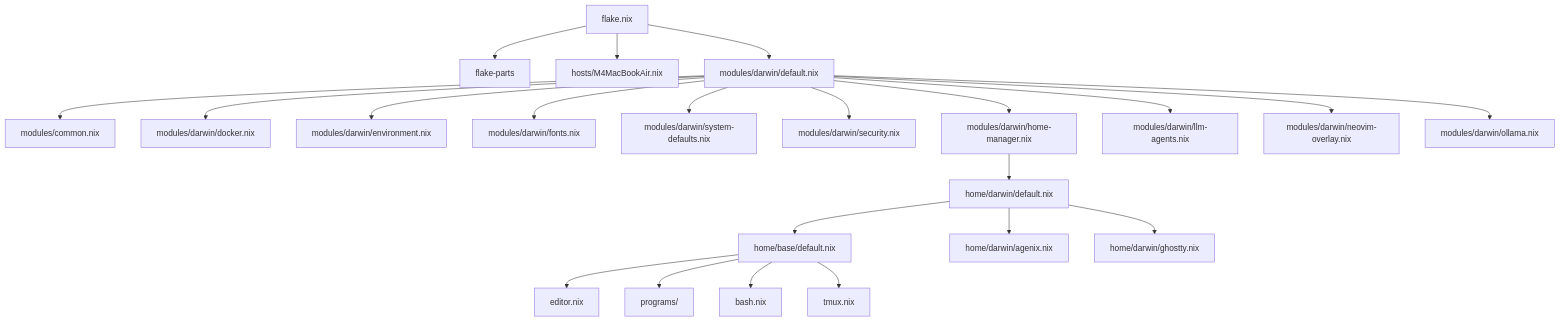
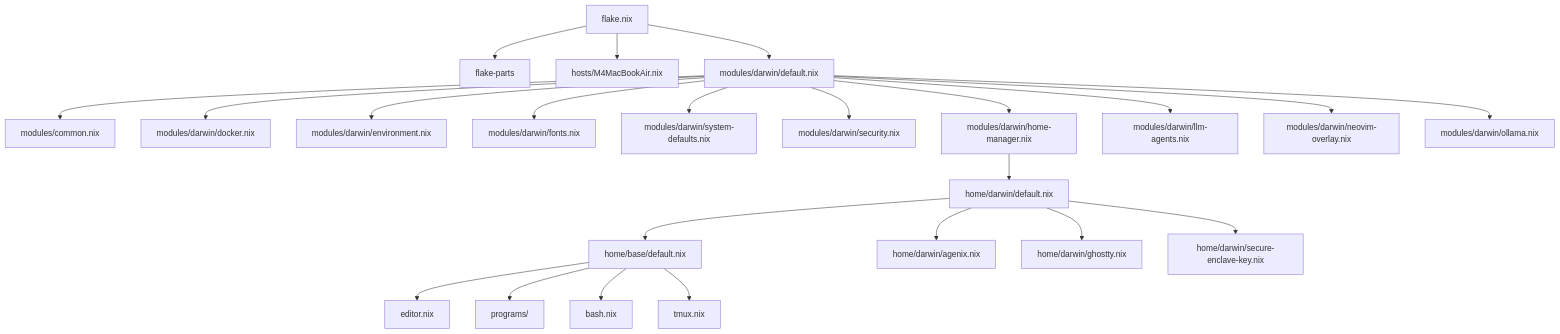
Before and after one commit to pranc1ngpegasus/dotfiles: the diagram in docs/architecture.md, drawn with Mermaid. The commit also changed other lines of this file and 2 other files, not shown here.

Commit message:
docs: reflect secure enclave key based git signing

````diff
--- a/docs/architecture.md
+++ b/docs/architecture.md
@@ -5,24 +5,25 @@
 ```mermaid
 graph TD
     flake[flake.nix] --> parts[flake-parts]
     flake --> host[hosts/M4MacBookAir.nix]
     flake --> darwin[modules/darwin/default.nix]
     darwin --> common[modules/common.nix]
     darwin --> docker[modules/darwin/docker.nix]
     darwin --> environment[modules/darwin/environment.nix]
     darwin --> fonts[modules/darwin/fonts.nix]
     darwin --> defaults[modules/darwin/system-defaults.nix]
     darwin --> security[modules/darwin/security.nix]
     darwin --> homeManager[modules/darwin/home-manager.nix]
     darwin --> agents[modules/darwin/llm-agents.nix]
     darwin --> neovimOverlay[modules/darwin/neovim-overlay.nix]
     darwin --> ollama[modules/darwin/ollama.nix]
     homeManager --> darwinHome[home/darwin/default.nix]
     darwinHome --> baseHome[home/base/default.nix]
     darwinHome --> agenix[home/darwin/agenix.nix]
     darwinHome --> ghostty[home/darwin/ghostty.nix]
+    darwinHome --> secureEnclaveKey[home/darwin/secure-enclave-key.nix]
     baseHome --> editor[editor.nix]
     baseHome --> programs[programs/]
     baseHome --> bash[bash.nix]
     baseHome --> tmux[tmux.nix]
 ```
````
